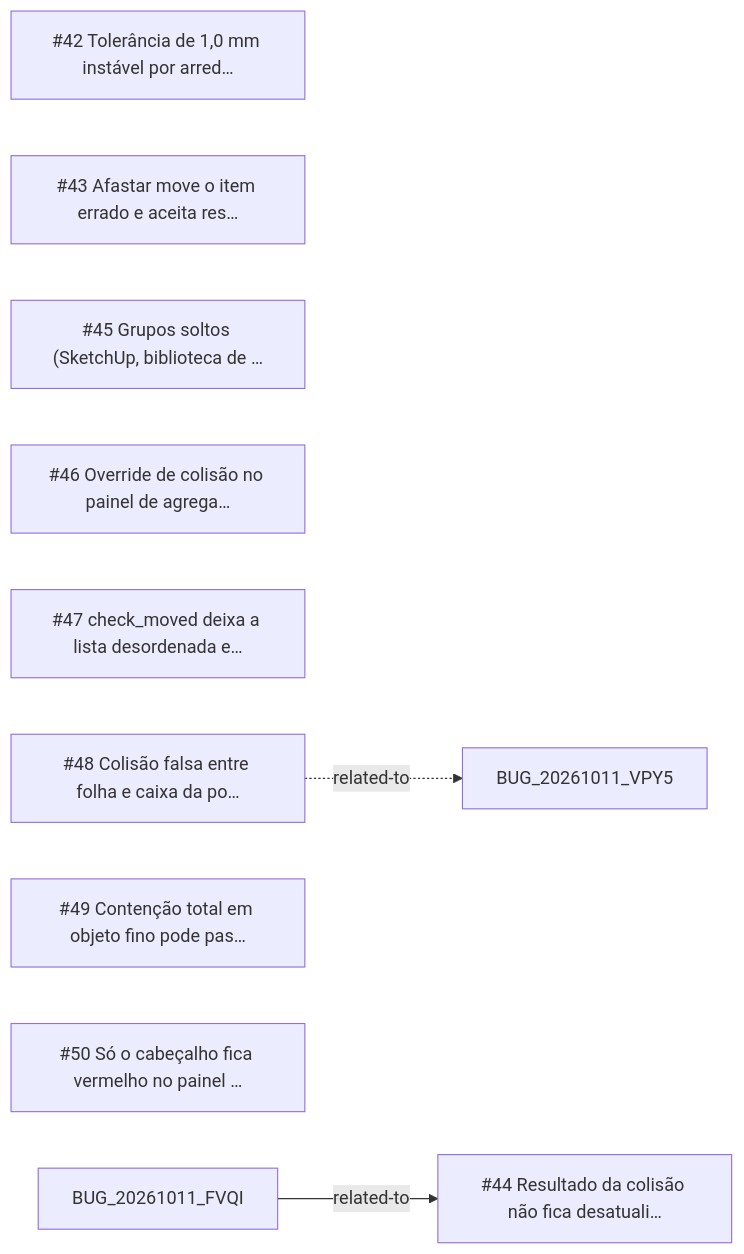
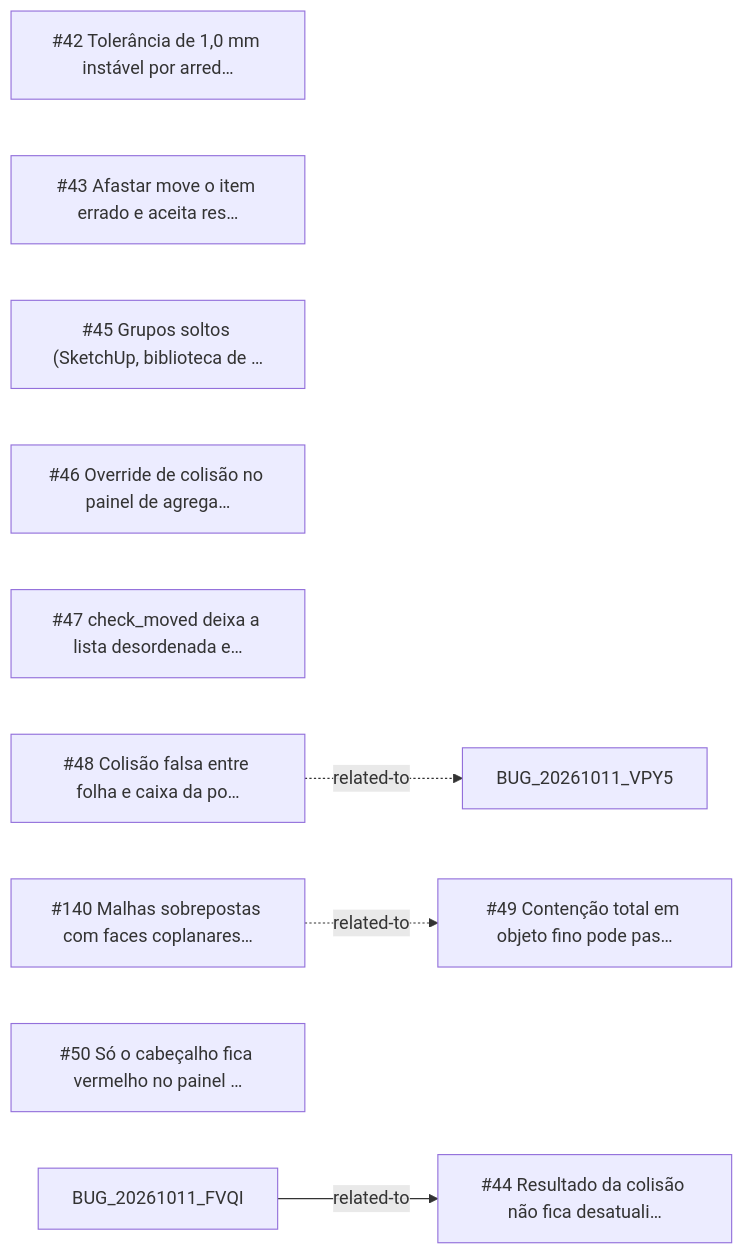
The diagram in _reversa_bugs/collision/generated/graph.md (CAFFDIGITALPLATFORM/caffmob_draw), drawn with Mermaid before and after one commit. The commit also changed other lines of this file and 136 other files, not shown here.

````diff
--- a/_reversa_bugs/collision/generated/graph.md
+++ b/_reversa_bugs/collision/generated/graph.md
@@ -5,14 +5,16 @@
 ```mermaid
 graph LR
   BUG_20261011_SRPV["#42 Tolerância de 1,0 mm instável por arred…"]
   BUG_20261011_KX3O["#43 Afastar move o item errado e aceita res…"]
   BUG_20261011_TIPN["#44 Resultado da colisão não fica desatuali…"]
   BUG_20261011_L5ML["#45 Grupos soltos (SketchUp, biblioteca de …"]
   BUG_20261011_JUJZ["#46 Override de colisão no painel de agrega…"]
   BUG_20261011_7GRY["#47 check_moved deixa a lista desordenada e…"]
   BUG_20261011_53DV["#48 Colisão falsa entre folha e caixa da po…"]
   BUG_20261011_EWKD["#49 Contenção total em objeto fino pode pas…"]
+  BUG_20261012_PFY2["#140 Malhas sobrepostas com faces coplanares…"]
   BUG_20261011_ZEN6["#50 Só o cabeçalho fica vermelho no painel …"]
   BUG_20261011_53DV -.->|related-to| BUG_20261011_VPY5
+  BUG_20261012_PFY2 -.->|related-to| BUG_20261011_EWKD
   BUG_20261011_FVQI -->|related-to| BUG_20261011_TIPN
 ```
````
